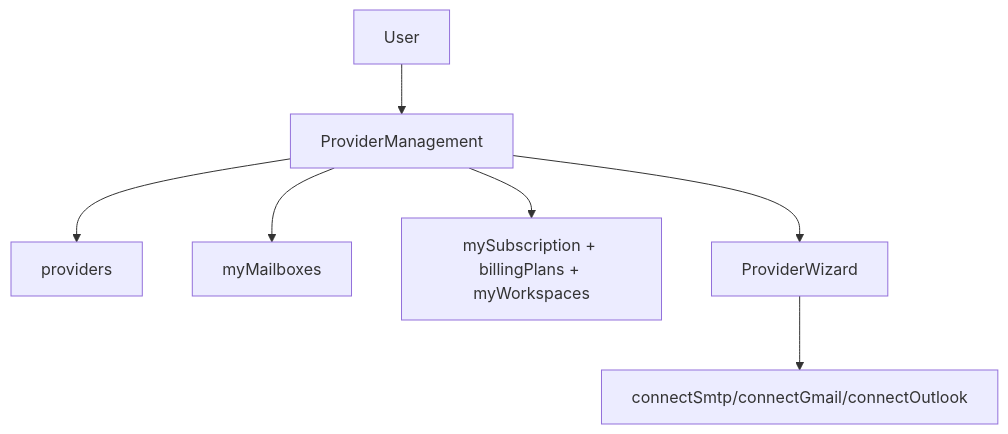
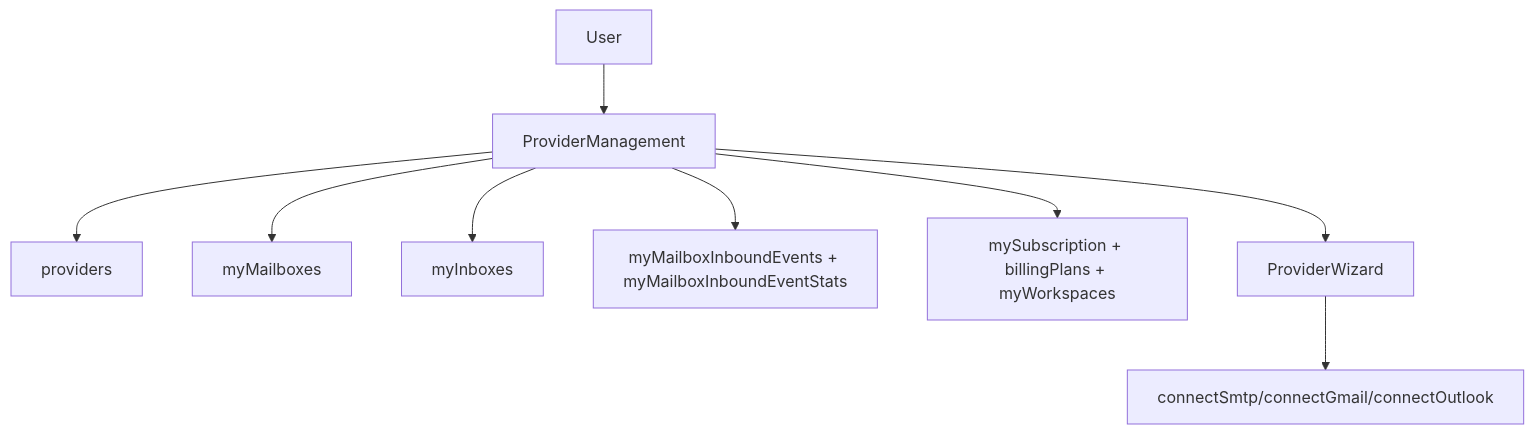
Before and after one commit to AmanVatsSharma/MailZen-Smart-Email-Management: the diagram in apps/frontend/components/providers/README.md, drawn with Mermaid. The commit also changed other lines of this file and 4 other files, not shown here.

Commit message:
Add mailbox inbound observability panel to provider settings

````diff
--- a/apps/frontend/components/providers/README.md
+++ b/apps/frontend/components/providers/README.md
@@ -32,9 +37,11 @@
 ```mermaid
 flowchart TD
   User --> ProviderManagement
   ProviderManagement --> ProvidersQuery[providers]
   ProviderManagement --> MailboxesQuery[myMailboxes]
+  ProviderManagement --> InboxesQuery[myInboxes]
+  ProviderManagement --> MailboxTelemetry[myMailboxInboundEvents + myMailboxInboundEventStats]
   ProviderManagement --> BillingQuery[mySubscription + billingPlans + myWorkspaces]
   ProviderManagement --> ProviderWizard
   ProviderWizard --> ConnectMutations[connectSmtp/connectGmail/connectOutlook]
 ```
````
